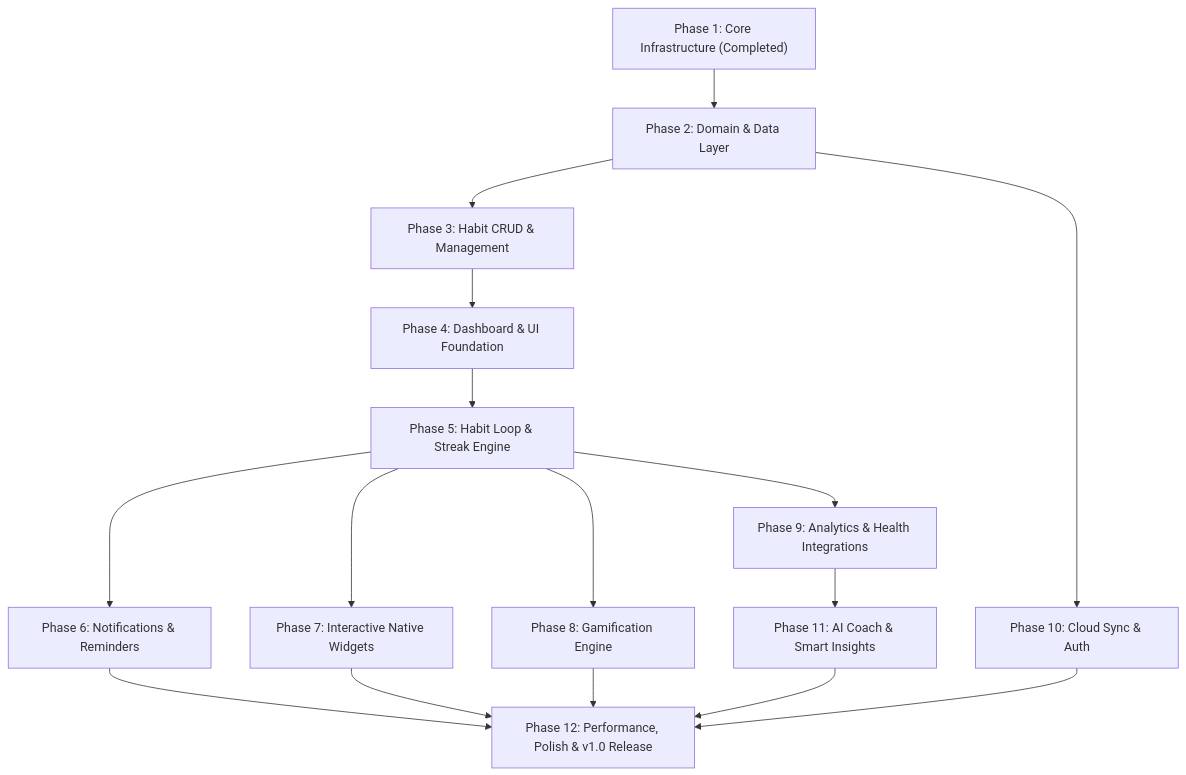
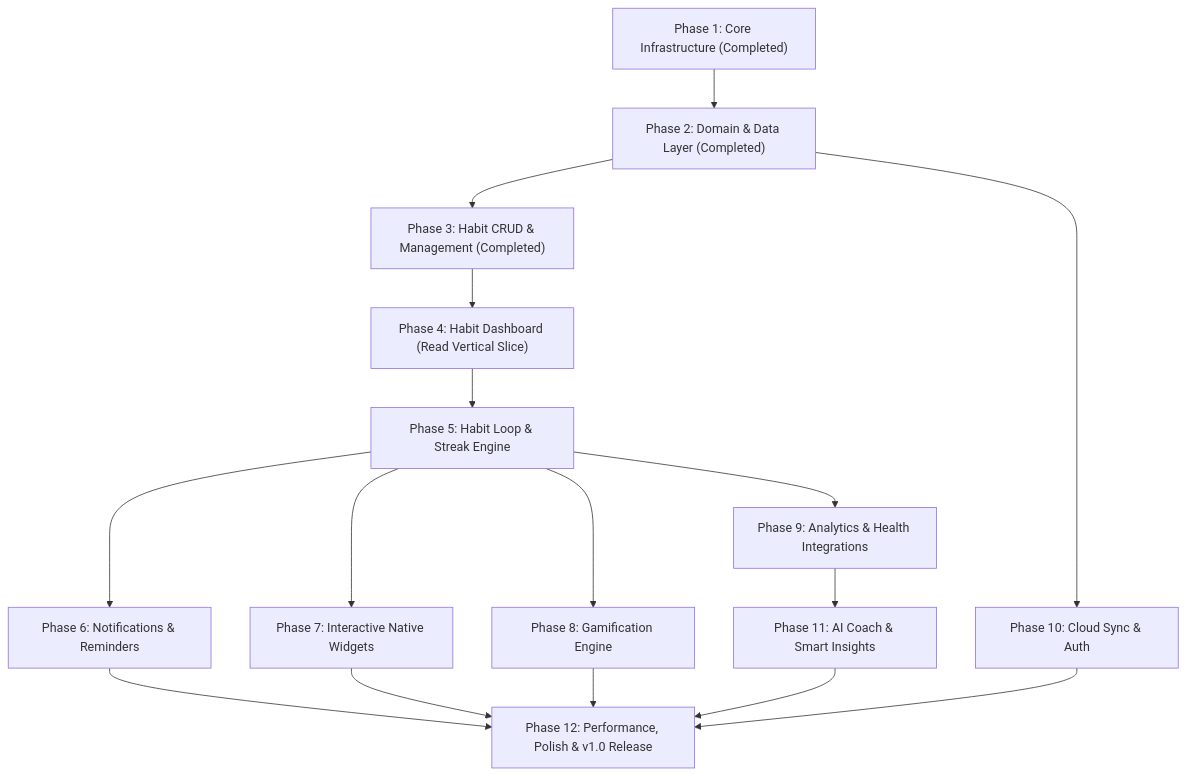
Before and after one commit to Kartavvya07/Habit-Tracker: the diagram in github_roadmap.md, drawn with Mermaid. The commit also changed other lines of this file and 2 other files, not shown here.

Commit message:
docs: prepare phase 4 and update roadmap

````diff
--- a/github_roadmap.md
+++ b/github_roadmap.md
@@ -39,18 +39,18 @@
 ```mermaid
 graph TD
-    M1["Phase 1: Core Infrastructure (Completed)"] --> M2["Phase 2: Domain & Data Layer"]
-    M2 --> M3["Phase 3: Habit CRUD & Management"]
-    M3 --> M4["Phase 4: Dashboard & UI Foundation"]
+    M1["Phase 1: Core Infrastructure (Completed)"] --> M2["Phase 2: Domain & Data Layer (Completed)"]
+    M2 --> M3["Phase 3: Habit CRUD & Management (Completed)"]
+    M3 --> M4["Phase 4: Habit Dashboard (Read Vertical Slice)"]
     M4 --> M5["Phase 5: Habit Loop & Streak Engine"]
     M5 --> M6["Phase 6: Notifications & Reminders"]
     M5 --> M7["Phase 7: Interactive Native Widgets"]
     M5 --> M8["Phase 8: Gamification Engine"]
     M5 --> M9["Phase 9: Analytics & Health Integrations"]
     M2 --> M10["Phase 10: Cloud Sync & Auth"]
     M9 --> M11["Phase 11: AI Coach & Smart Insights"]
     M6 --> M12["Phase 12: Performance, Polish & v1.0 Release"]
     M7 --> M12
     M8 --> M12
     M10 --> M12
     M11 --> M12
 ```
````
